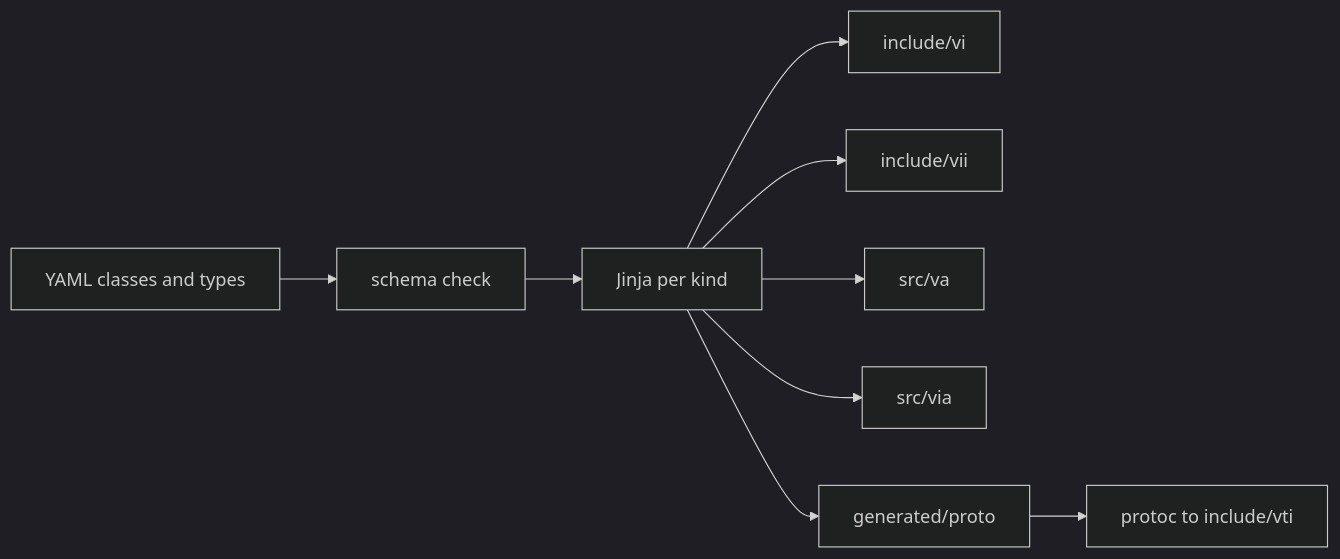
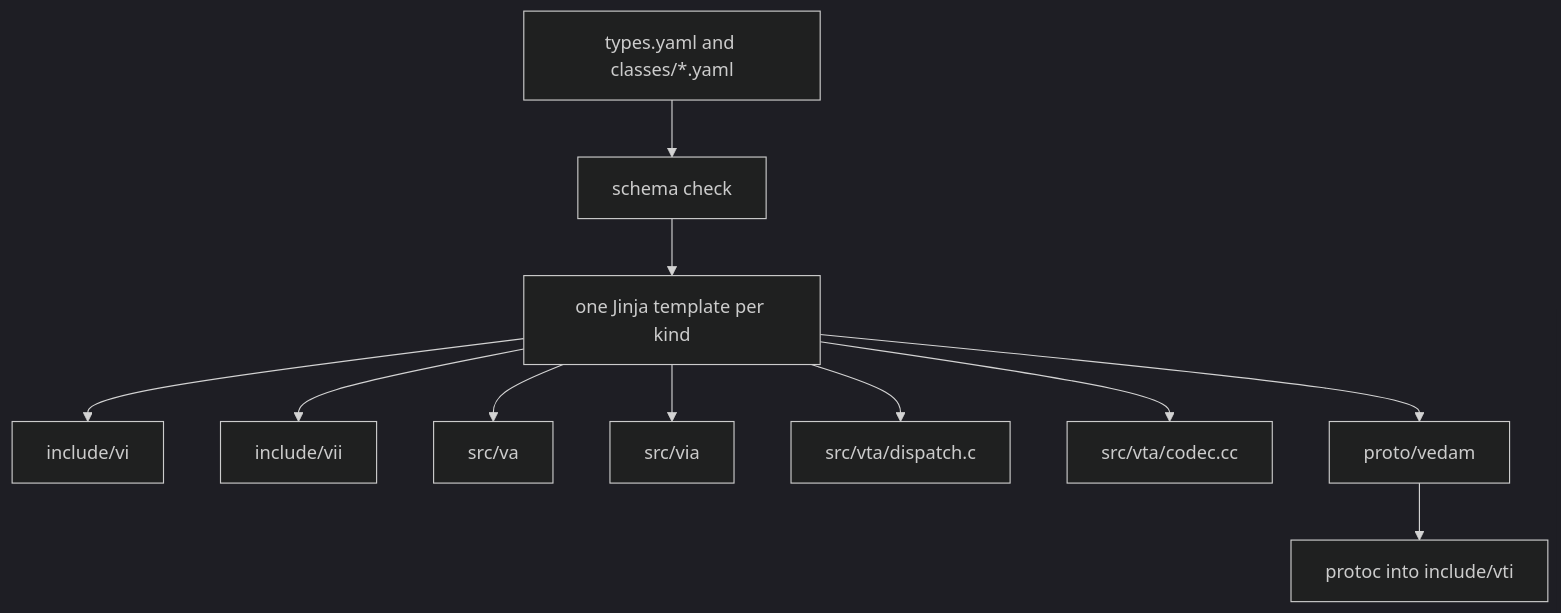
The second of 3 diagrams in chapters/interfaces/proto-codegen.md (ltbhappyness/docs), drawn with Mermaid (dark theme) before and after one commit. The commit also changed other lines of this file and 12 other files, not shown here.

````diff
--- a/chapters/interfaces/proto-codegen.md
+++ b/chapters/interfaces/proto-codegen.md
@@ -52,11 +88,13 @@
 ```mermaid
-flowchart LR
-  Y[YAML classes and types] --> S[schema check]
-  S --> J[Jinja per kind]
+flowchart TB
+  Y[types.yaml and classes/*.yaml] --> S[schema check]
+  S --> J[one Jinja template per kind]
   J --> VI[include/vi]
   J --> VII[include/vii]
   J --> VA[src/va]
   J --> VIA[src/via]
-  J --> P[generated/proto]
-  P --> PB[protoc to include/vti]
+  J --> DISP[src/vta/dispatch.c]
+  J --> CODEC[src/vta/codec.cc]
+  J --> P[proto/vedam]
+  P --> PB[protoc into include/vti]
 ```
````
